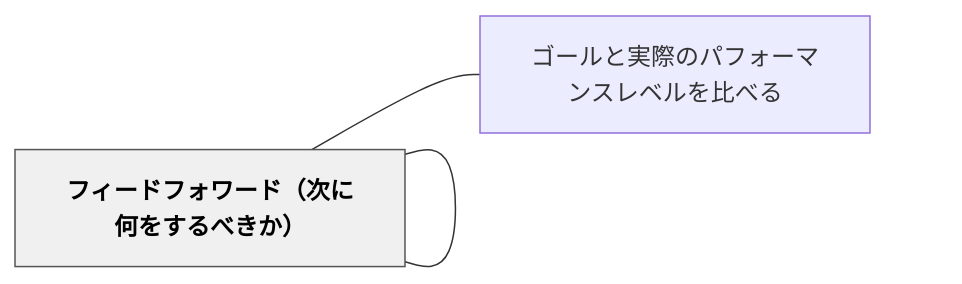
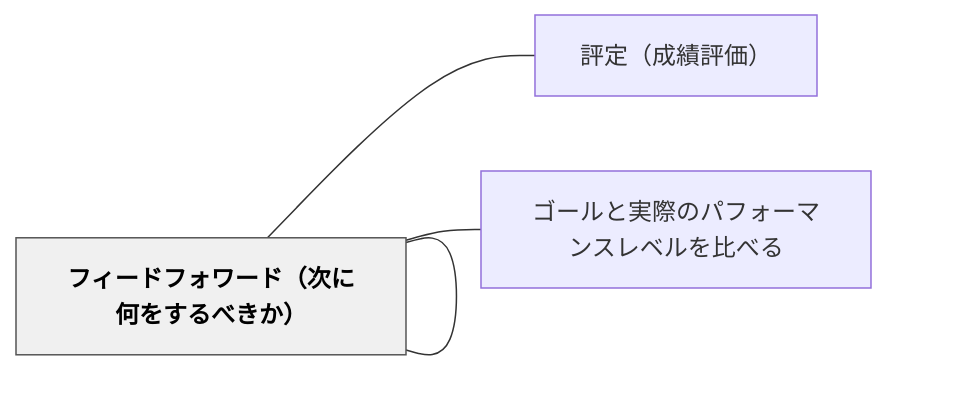
One commit to unknownthings-ed-patterns/unknownthings-ed-patterns changed the diagram in content/パタン/フィードバック（進み具合はどうか）.md. Above: the diagram before and after it, drawn with Mermaid. The commit also changed other lines of this file and 473 other files, not shown here.

````diff
--- a/content/パタン/フィードバック（進み具合はどうか）.md
+++ b/content/パタン/フィードバック（進み具合はどうか）.md
@@ -51,16 +52,18 @@
 ```mermaid
 flowchart LR
     ne38395e382a3["フィードバック（進み具合はどうか）"]
+    ne8a995e5ae9a["評定（成績評価）"]
     ne38395e382a3["フィードバック"]
     ne38395e382a3["フィードアップ（どこに向かっているのか）"]
     ne38395e382a3["フィードフォワード（次に何をするべきか）"]
     ne382b4e383bc["ゴールと実際のパフォーマンスレベルを比べる"]
 
+    ne38395e382a3 --- ne8a995e5ae9a
     ne38395e382a3 --- ne38395e382a3
     ne38395e382a3 --- ne38395e382a3
     ne38395e382a3 --- ne38395e382a3
     ne38395e382a3 --- ne382b4e383bc
 
     classDef hub fill:#f0f0f0,stroke:#555,color:#000,font-weight:bold
     class ne38395e382a3 hub
 ```
````
